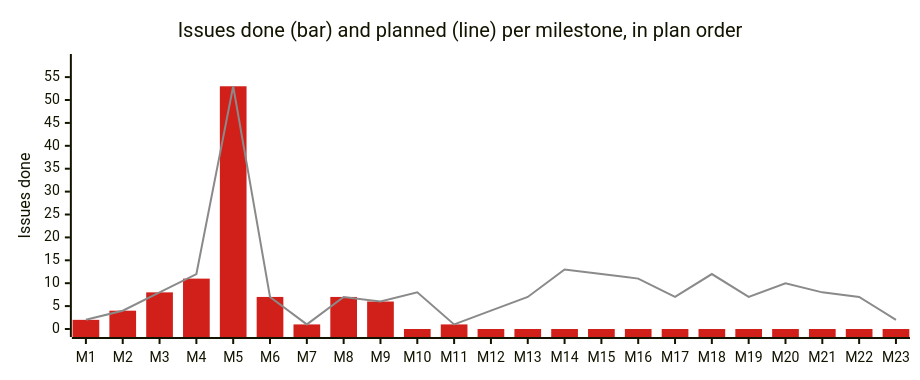
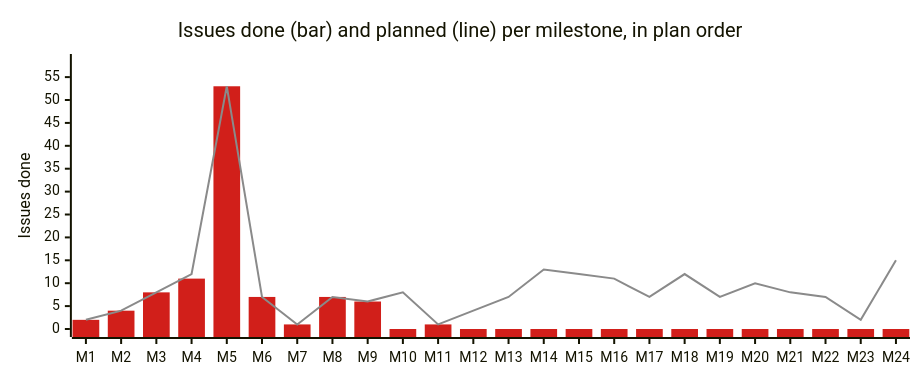
The diagram in .ai/repo/project/README.md (korczis/OpenTTD), drawn with Mermaid before and after one commit. The commit also changed other lines of this file and 21 other files, not shown here.

First line of the commit message:
Doc: [Research] A gap to the leader is reviewed every game week, month and quarter through one blackboard contract

````diff
--- a/.ai/repo/project/README.md
+++ b/.ai/repo/project/README.md
@@ -75,19 +76,19 @@
 ```mermaid
 ---
 config:
   xyChart:
     width: 900
     height: 360
   themeVariables:
     xyChart:
       plotColorPalette: "#d11f1a, #8a8a8a, #0b0b0b, #ece4d6"
 ---
 xychart-beta
     title "Issues done (bar) and planned (line) per milestone, in plan order"
-    x-axis ["M1", "M2", "M3", "M4", "M5", "M6", "M7", "M8", "M9", "M10", "M11", "M12", "M13", "M14", "M15", "M16", "M17", "M18", "M19", "M20", "M21", "M22", "M23"]
+    x-axis ["M1", "M2", "M3", "M4", "M5", "M6", "M7", "M8", "M9", "M10", "M11", "M12", "M13", "M14", "M15", "M16", "M17", "M18", "M19", "M20", "M21", "M22", "M23", "M24"]
     %% series: Issues done | Issues planned
-    %% links: milestones/the-fork-is-a-governed-research-target.yaml | milestones/a-change-is-validated-in-cost-tiers.yaml | milestones/internals-are-observable-with-recorded-provenance.yaml | milestones/prismatic-steers-a-company-through-the-bridge.yaml | milestones/an-agent-reaches-the-game-over-mcp.yaml | milestones/the-fork-is-published-supervised-and-current.yaml | milestones/the-game-wears-the-owners-noir-style.yaml | milestones/planning-is-generated-from-recorded-history.yaml | milestones/rhai-is-a-live-ide.yaml | milestones/records-and-status-tell-the-truth.yaml | milestones/the-toolchain-carries-no-known-vulnerability.yaml | milestones/every-changed-line-is-tested.yaml | milestones/every-battle-match-explains-itself.yaml | milestones/prismatic-ai-grows-its-fleet-and-survives-its-own-failures.yaml | milestones/the-planner-reads-one-coherent-priced-world.yaml | milestones/battlebrain-decides-live-with-rollback.yaml | milestones/evaluations-are-fair-pre-registered-and-paired.yaml | milestones/prismatic-closes-one-real-loop.yaml | milestones/governed-access-is-authenticated-and-every-capability-reaches-every-surface.yaml | milestones/the-live-agent-workbench.yaml | milestones/the-panel-has-integrity.yaml | milestones/algoglyph-is-accountable.yaml | milestones/a-remote-human-plays-the-bot.yaml
+    %% links: milestones/the-fork-is-a-governed-research-target.yaml | milestones/a-change-is-validated-in-cost-tiers.yaml | milestones/internals-are-observable-with-recorded-provenance.yaml | milestones/prismatic-steers-a-company-through-the-bridge.yaml | milestones/an-agent-reaches-the-game-over-mcp.yaml | milestones/the-fork-is-published-supervised-and-current.yaml | milestones/the-game-wears-the-owners-noir-style.yaml | milestones/planning-is-generated-from-recorded-history.yaml | milestones/rhai-is-a-live-ide.yaml | milestones/records-and-status-tell-the-truth.yaml | milestones/the-toolchain-carries-no-known-vulnerability.yaml | milestones/every-changed-line-is-tested.yaml | milestones/every-battle-match-explains-itself.yaml | milestones/prismatic-ai-grows-its-fleet-and-survives-its-own-failures.yaml | milestones/the-planner-reads-one-coherent-priced-world.yaml | milestones/battlebrain-decides-live-with-rollback.yaml | milestones/evaluations-are-fair-pre-registered-and-paired.yaml | milestones/prismatic-closes-one-real-loop.yaml | milestones/governed-access-is-authenticated-and-every-capability-reaches-every-surface.yaml | milestones/the-live-agent-workbench.yaml | milestones/the-panel-has-integrity.yaml | milestones/algoglyph-is-accountable.yaml | milestones/a-remote-human-plays-the-bot.yaml | milestones/the-strategy-is-reviewed-on-a-cadence.yaml
     y-axis "Issues done" 0 --> 58.3
-    bar [2, 4, 8, 11, 53, 7, 1, 7, 6, 0, 1, 0, 0, 0, 0, 0, 0, 0, 0, 0, 0, 0, 0]
-    line [2, 4, 8, 12, 53, 7, 1, 7, 6, 8, 1, 4, 7, 13, 12, 11, 7, 12, 7, 10, 8, 7, 2]
+    bar [2, 4, 8, 11, 53, 7, 1, 7, 6, 0, 1, 0, 0, 0, 0, 0, 0, 0, 0, 0, 0, 0, 0, 0]
+    line [2, 4, 8, 12, 53, 7, 1, 7, 6, 8, 1, 4, 7, 13, 12, 11, 7, 12, 7, 10, 8, 7, 2, 15]
 ```
````
